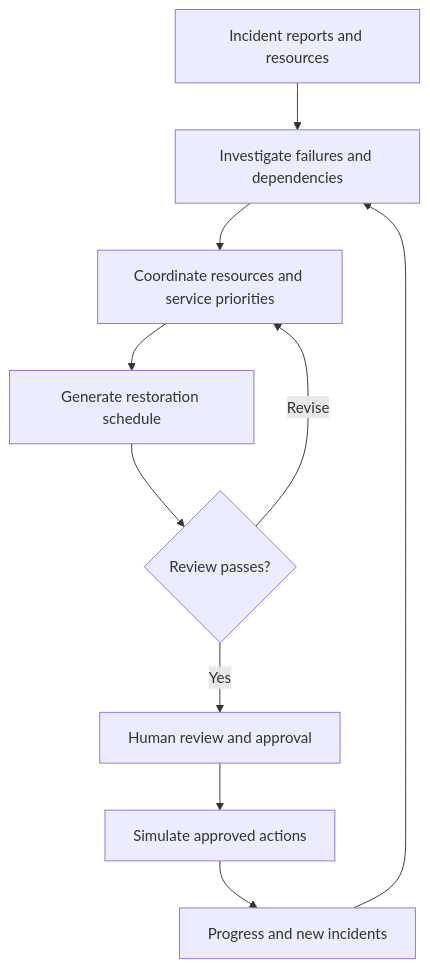
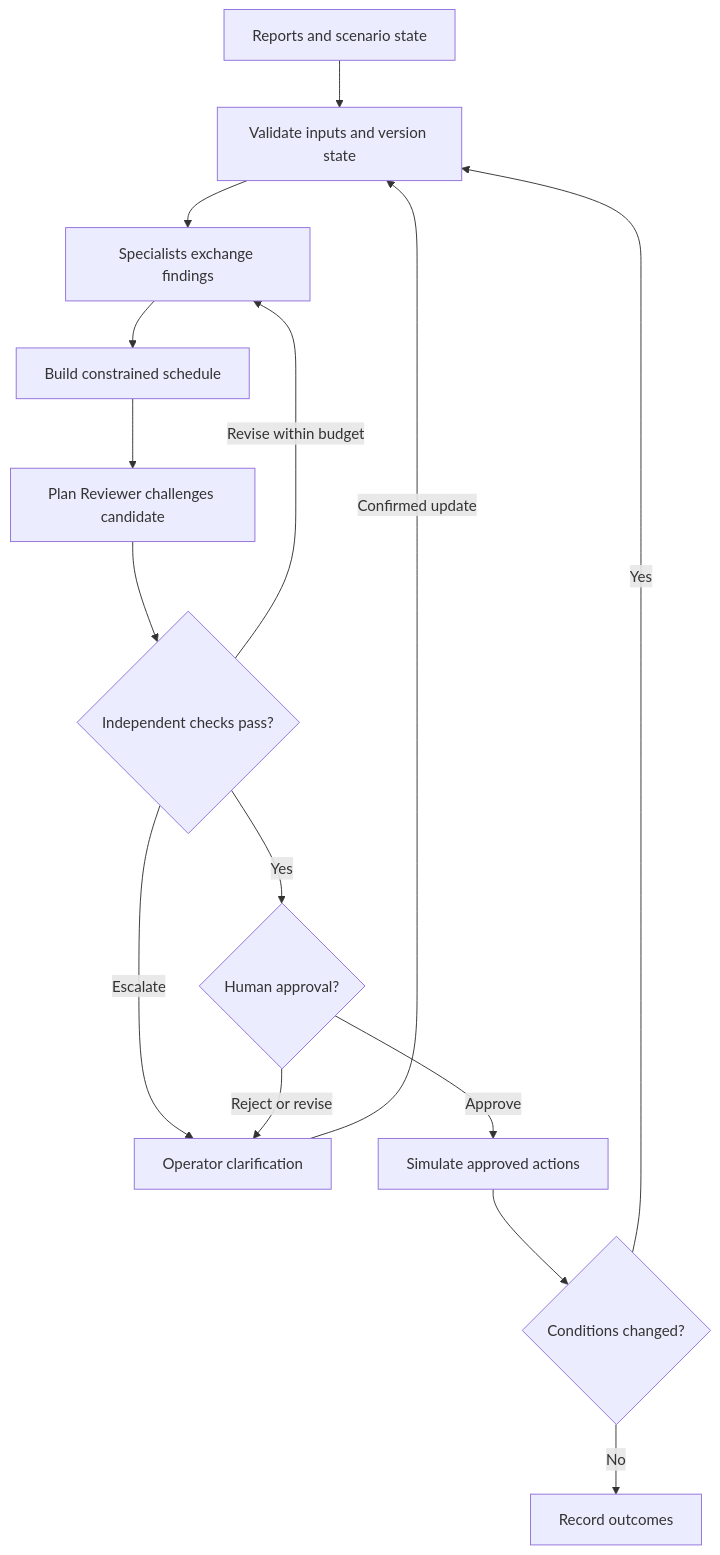
The diagram in README.md (inthiiii/hyperreaility-sliit), drawn with Mermaid before and after one commit. The commit also changed other lines of this file, not shown here.

Commit message:
Align README with submitted proposal and hosted API development plan

````diff
--- a/README.md
+++ b/README.md
@@ -66,12 +68,17 @@
 ```mermaid
 flowchart TD
-    A[Incident reports and resources] --> B[Investigate failures and dependencies]
-    B --> C[Coordinate resources and service priorities]
-    C --> D[Generate restoration schedule]
-    D --> E{Review passes?}
-    E -->|Revise| C
-    E -->|Yes| F[Human review and approval]
-    F --> G[Simulate approved actions]
-    G --> H[Progress and new incidents]
-    H --> B
+    A[Reports and scenario state] --> B[Validate inputs and version state]
+    B --> C[Specialists exchange findings]
+    C --> D[Build constrained schedule]
+    D --> E[Plan Reviewer challenges candidate]
+    E --> F{Independent checks pass?}
+    F -->|Revise within budget| C
+    F -->|Escalate| G[Operator clarification]
+    G -->|Confirmed update| B
+    F -->|Yes| H{Human approval?}
+    H -->|Reject or revise| G
+    H -->|Approve| I[Simulate approved actions]
+    I --> J{Conditions changed?}
+    J -->|Yes| B
+    J -->|No| K[Record outcomes]
 ```
````
